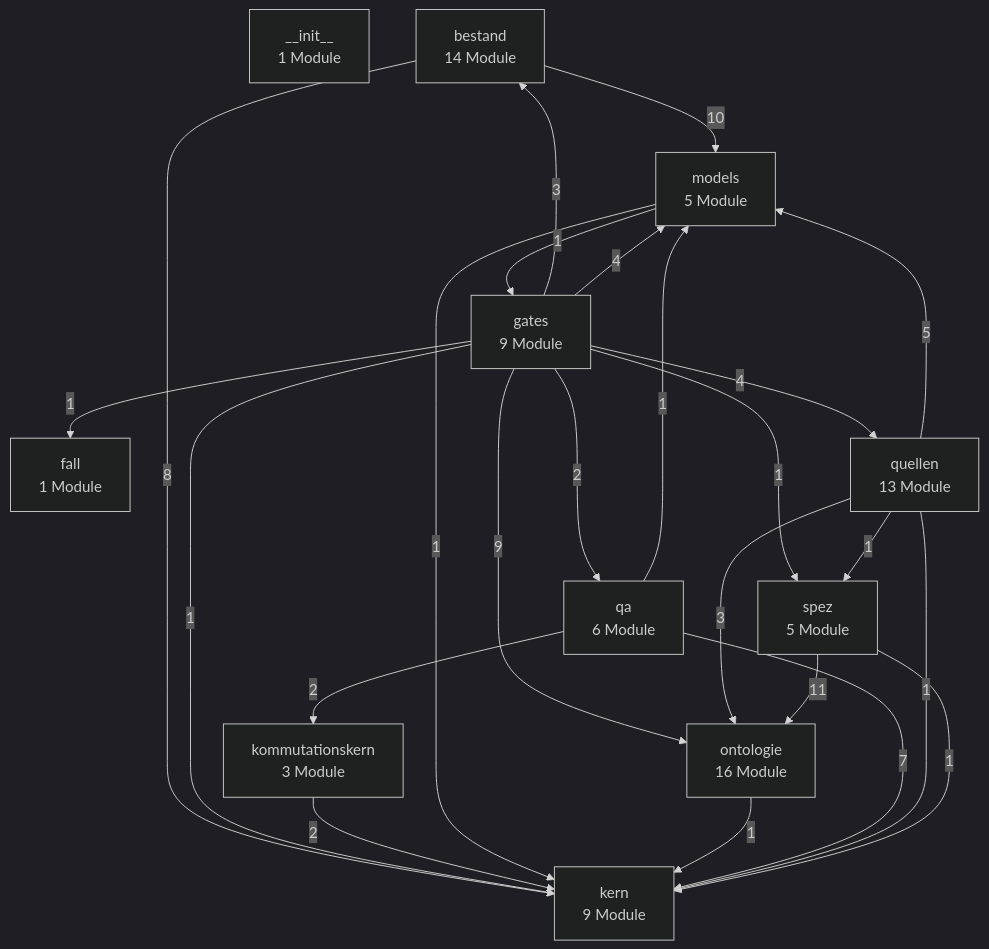
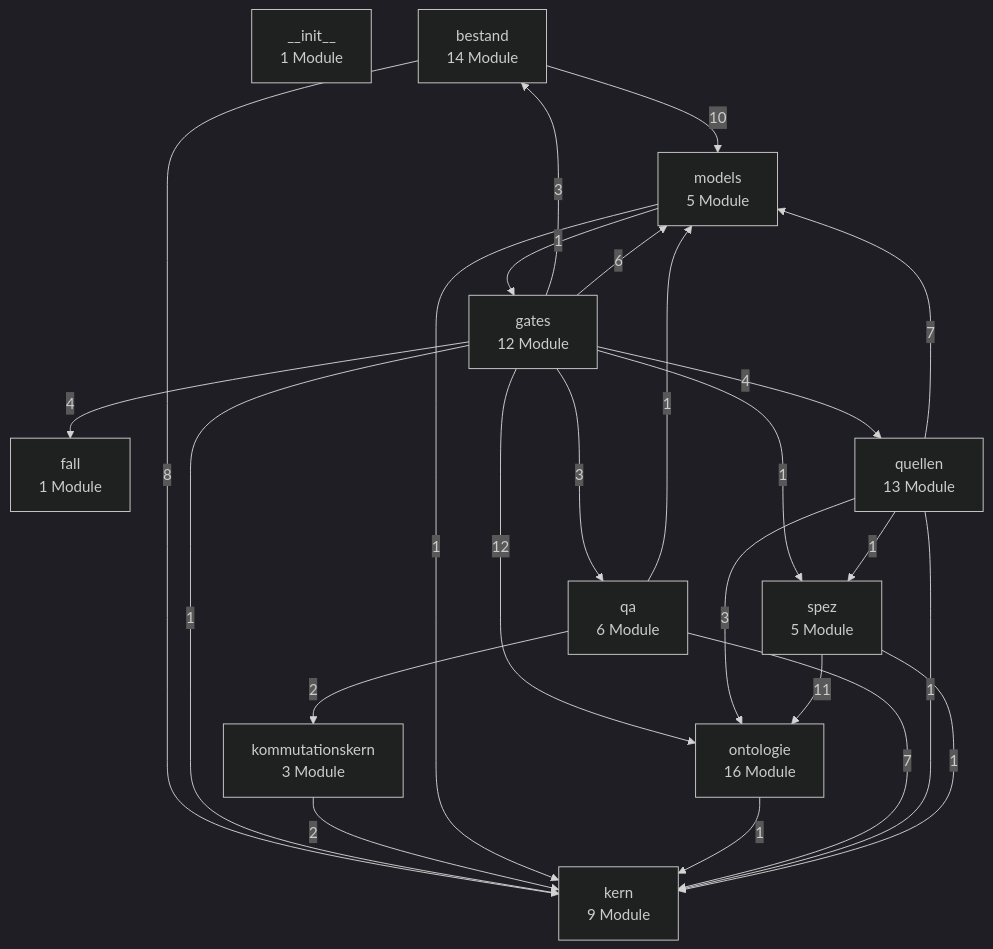
One commit to bartlmac/rechner-pipeline changed the first of 3 diagrams in docs/architektur/landkarte.md. Above: the diagram before and after it, drawn with Mermaid (dark theme). The commit also changed other lines of this file and 63 other files, not shown here.

````diff
--- a/docs/architektur/landkarte.md
+++ b/docs/architektur/landkarte.md
@@ -27,38 +27,38 @@
 ```mermaid
 %% Schichten — erzeugt von ontologie.landkarte
 flowchart TD
     n__init__["__init__<br/>1 Module"]
     bestand["bestand<br/>14 Module"]
     fall["fall<br/>1 Module"]
-    gates["gates<br/>9 Module"]
+    gates["gates<br/>12 Module"]
     kern["kern<br/>9 Module"]
     kommutationskern["kommutationskern<br/>3 Module"]
     models["models<br/>5 Module"]
     ontologie["ontologie<br/>16 Module"]
     qa["qa<br/>6 Module"]
     quellen["quellen<br/>13 Module"]
     spez["spez<br/>5 Module"]
     bestand -- 8 --> kern
     bestand -- 10 --> models
     gates -- 3 --> bestand
-    gates -- 1 --> fall
+    gates -- 4 --> fall
     gates -- 1 --> kern
-    gates -- 4 --> models
-    gates -- 9 --> ontologie
-    gates -- 2 --> qa
+    gates -- 6 --> models
+    gates -- 12 --> ontologie
+    gates -- 3 --> qa
     gates -- 4 --> quellen
     gates -- 1 --> spez
     kommutationskern -- 2 --> kern
     models -- 1 --> gates
     models -- 1 --> kern
     ontologie -- 1 --> kern
     qa -- 7 --> kern
     qa -- 2 --> kommutationskern
     qa -- 1 --> models
     quellen -- 1 --> kern
-    quellen -- 5 --> models
+    quellen -- 7 --> models
     quellen -- 3 --> ontologie
     quellen -- 1 --> spez
     spez -- 1 --> kern
     spez -- 11 --> ontologie
 ```
````
